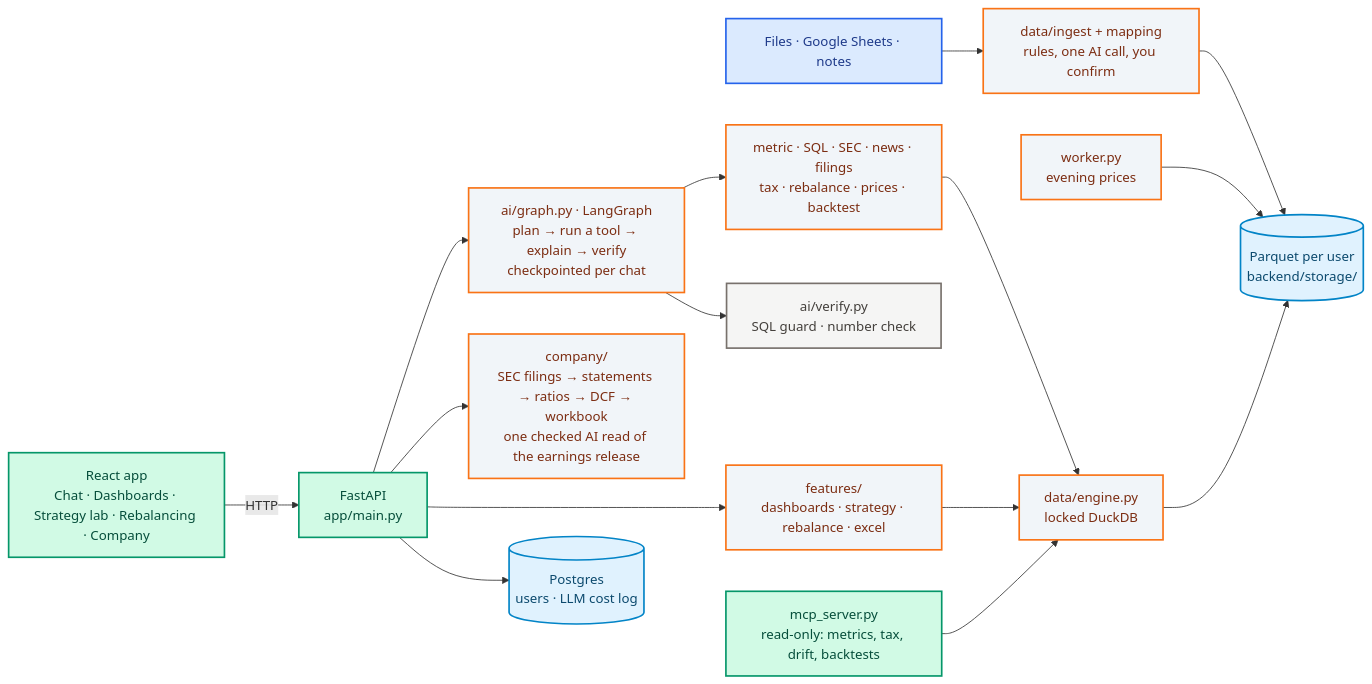
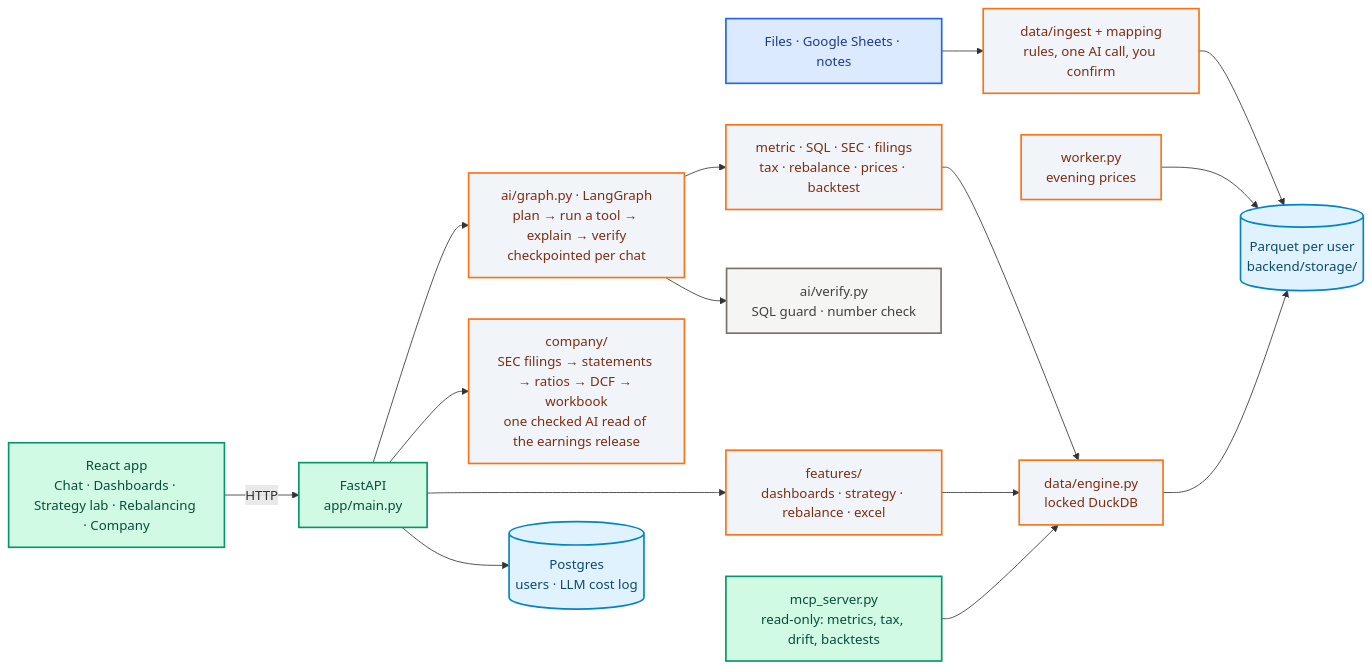
One commit to AmanDataGuy/WealthOS changed the diagram in README.md. Above: the diagram before and after it, drawn with Mermaid. The commit also changed other lines of this file and 10 other files, not shown here.

````diff
--- a/README.md
+++ b/README.md
@@ -40,24 +40,24 @@
 ```mermaid
 flowchart LR
     classDef input fill:#dbeafe,stroke:#2563eb,stroke-width:2px,color:#1e3a8a
     classDef interface fill:#d1fae5,stroke:#059669,stroke-width:2px,color:#064e3b
     classDef core fill:#f1f5f9,stroke:#f97316,stroke-width:2px,color:#7c2d12
     classDef data fill:#e0f2fe,stroke:#0284c7,stroke-width:2px,color:#0c4a6e
     classDef guard fill:#f5f5f4,stroke:#78716c,stroke-width:2px,color:#44403c
 
     Files[Files · Google Sheets · notes]:::input --> Ingest[data/ingest + mapping<br>rules, one AI call, you confirm]:::core
     Ingest --> PQ[(Parquet per user<br>backend/storage/)]:::data
     Worker[worker.py<br>evening prices]:::core --> PQ
 
     UI[React app<br>Chat · Dashboards · Strategy lab · Rebalancing · Company]:::interface -- HTTP --> API[FastAPI<br>app/main.py]:::interface
     API --> Agent[ai/graph.py · LangGraph<br>plan → run a tool → explain → verify<br>checkpointed per chat]:::core
     API --> Company[company/<br>SEC filings → statements → ratios → DCF → workbook<br>one checked AI read of the earnings release]:::core
-    Agent --> Tools[metric · SQL · SEC · news · filings<br>tax · rebalance · prices · backtest]:::core
+    Agent --> Tools[metric · SQL · SEC · filings<br>tax · rebalance · prices · backtest]:::core
     Tools --> Engine[data/engine.py<br>locked DuckDB]:::core
     API --> Features[features/<br>dashboards · strategy · rebalance · excel]:::core
     Features --> Engine
     Engine --> PQ
     Agent --> Verify[ai/verify.py<br>SQL guard · number check]:::guard
     MCP[mcp_server.py<br>read-only: metrics, tax, drift, backtests]:::interface --> Engine
     API --> PG[(Postgres<br>users · LLM cost log)]:::data
 ```
````
